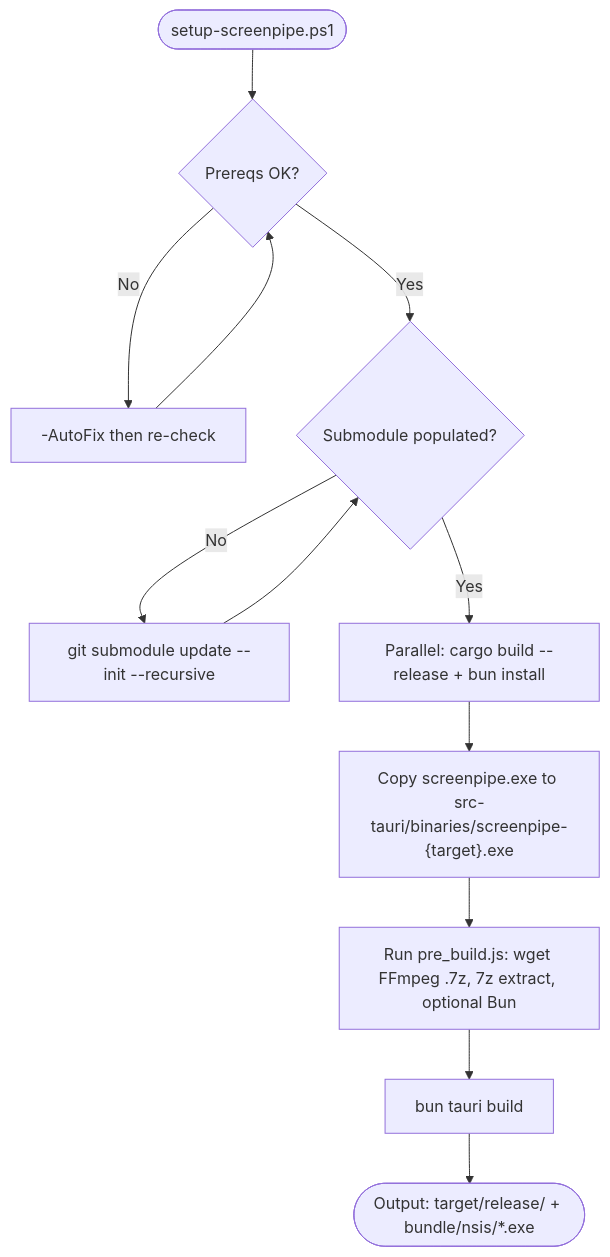
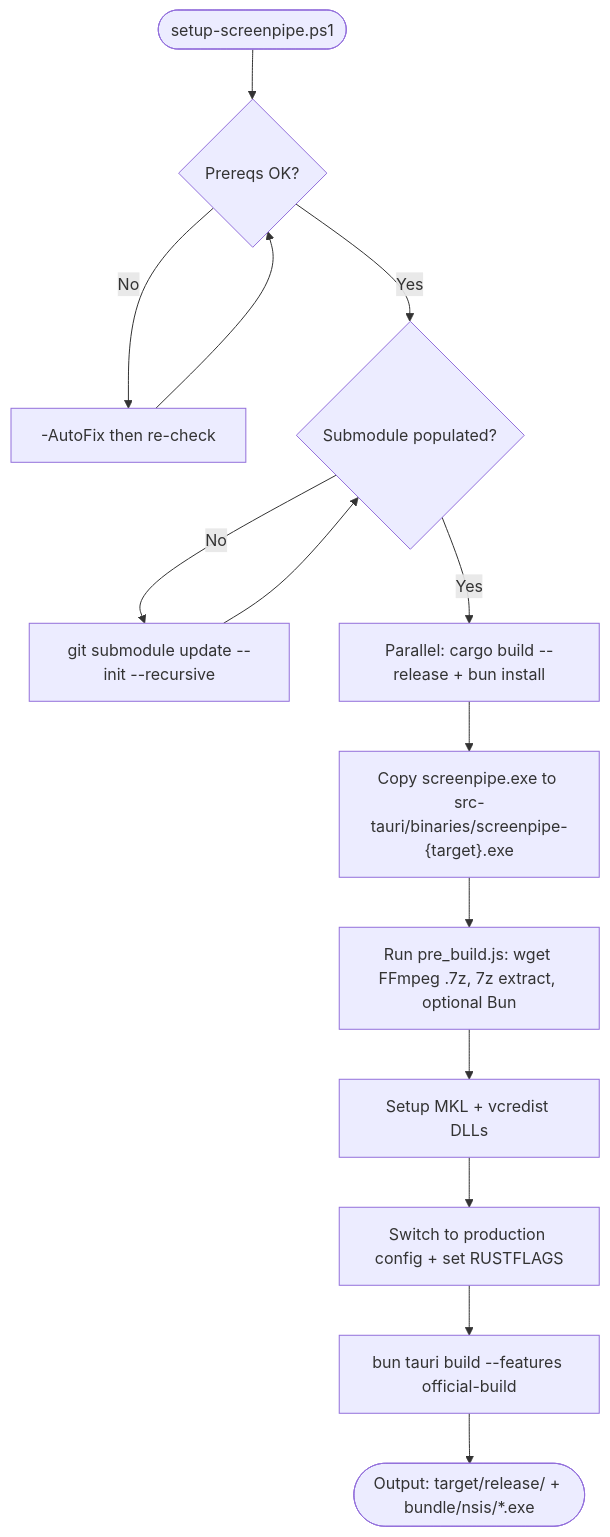
The fifth of 6 diagrams in docs/SCREENPIPE-SETUP.md (lucky-verma/recall), drawn with Mermaid before and after one commit. The commit also changed other lines of this file and 3 other files, not shown here.

````diff
--- a/docs/SCREENPIPE-SETUP.md
+++ b/docs/SCREENPIPE-SETUP.md
@@ -260,14 +260,16 @@
 ```mermaid
 flowchart TB
   A([setup-screenpipe.ps1]) --> B{Prereqs OK?}
   B -->|No| B1[-AutoFix then re-check]
   B1 --> B
   B -->|Yes| C{Submodule populated?}
   C -->|No| C1[git submodule update --init --recursive]
   C1 --> C
   C -->|Yes| D[Parallel: cargo build --release + bun install]
   D --> E["Copy screenpipe.exe to src-tauri/binaries/screenpipe-{target}.exe"]
   E --> F[Run pre_build.js: wget FFmpeg .7z, 7z extract, optional Bun]
-  F --> G[bun tauri build]
+  F --> F2["Setup MKL + vcredist DLLs"]
+  F2 --> F3["Switch to production config + set RUSTFLAGS"]
+  F3 --> G["bun tauri build --features official-build"]
   G --> H([Output: target/release/ + bundle/nsis/*.exe])
 ```
````
